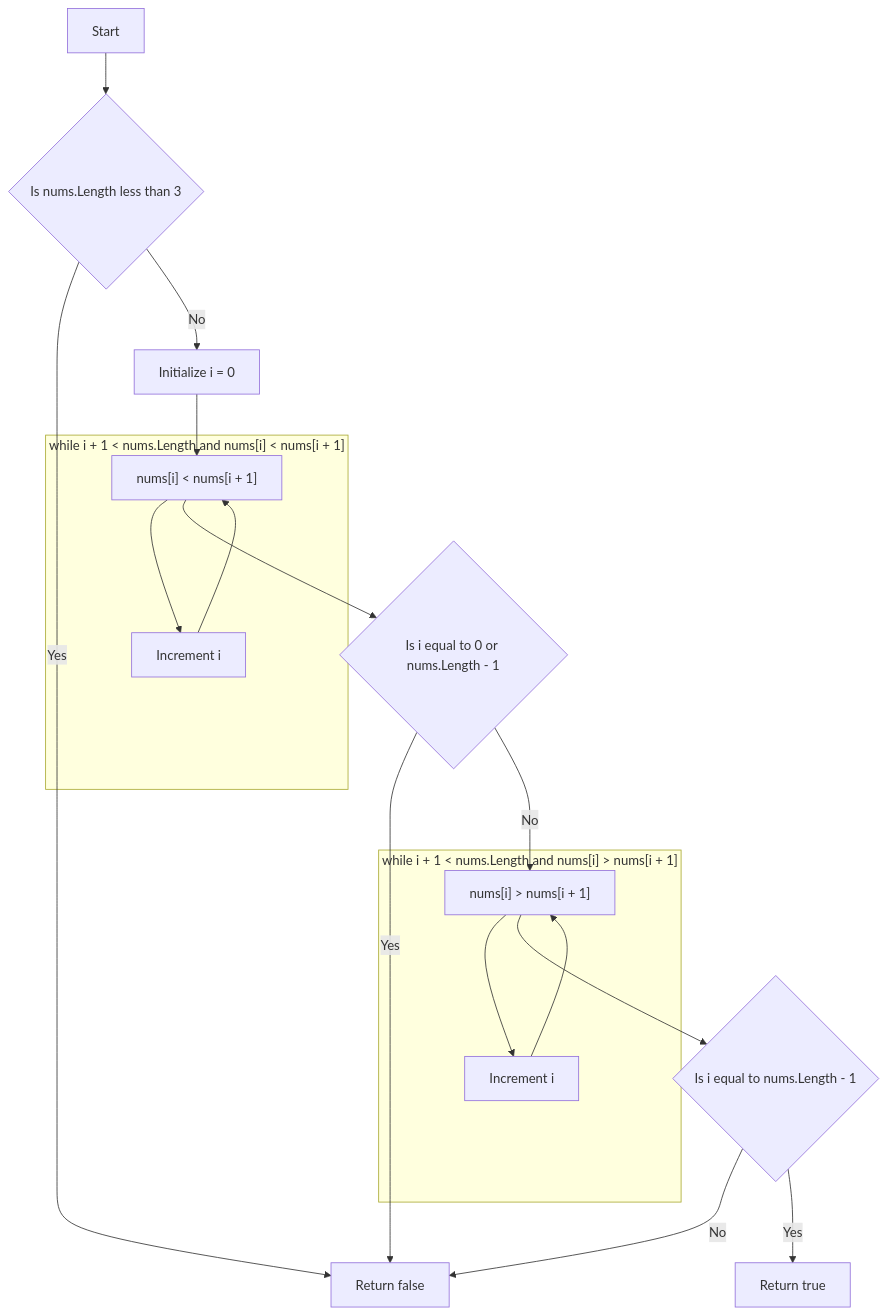
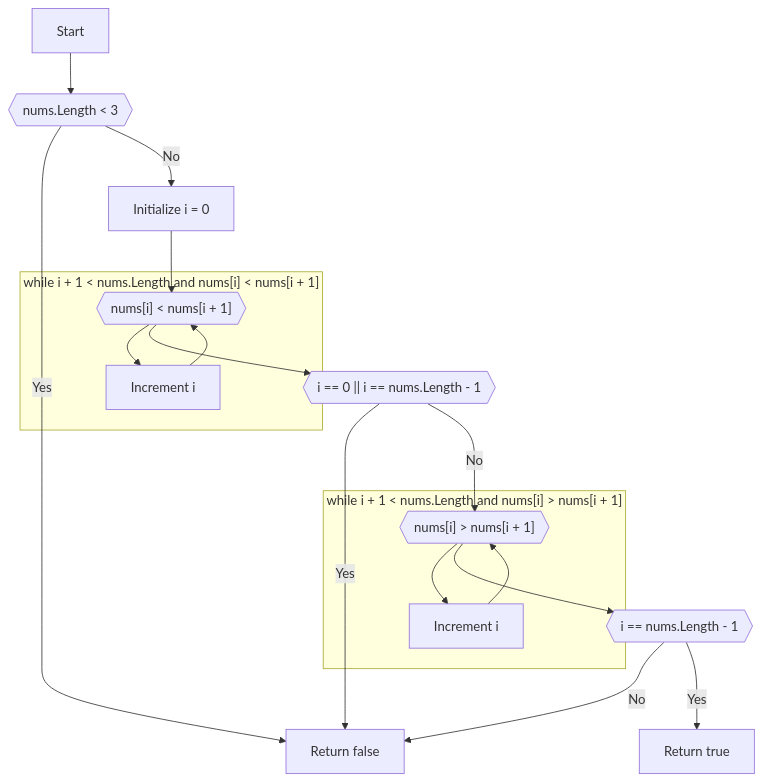
One commit to abhimanyu-builds/Leetcode changed the diagram in Leetcode/Documentation/flowcharts/ValidMountainArray/OnSinglePassClassicSolution.md. Above: the diagram before and after it, drawn with Mermaid. The commit also changed 3 other files, not shown here.

````diff
--- a/Leetcode/Documentation/flowcharts/ValidMountainArray/OnSinglePassClassicSolution.md
+++ b/Leetcode/Documentation/flowcharts/ValidMountainArray/OnSinglePassClassicSolution.md
@@ -1,25 +1,25 @@
 ```mermaid
 flowchart TD
-    A[Start] --> B{"Is nums.Length less than 3"}
+    A[Start] --> B{{"nums.Length < 3"}}
     B -- Yes --> G[Return false]
     B -- No --> C[Initialize i = 0]
     C --> D
 
     subgraph Walk Up ["while i + 1 < nums.Length and nums[i] < nums[i + 1]"]
-        D["nums[i] < nums[i + 1]"] --> E[Increment i]
+        D{{"nums[i] < nums[i + 1]"}} --> E[Increment i]
         E --> D
     end
 
-    D --> F{"Is i equal to 0 or nums.Length - 1"}
+    D --> F{{"i == 0 || i == nums.Length - 1"}}
     F -- Yes --> G
     F -- No --> P
     I -- No --> G
 
     subgraph Walk Down ["while i + 1 < nums.Length and nums[i] > nums[i + 1]"]
-        P["nums[i] > nums[i + 1]"] --> H[Increment i]
+        P{{"nums[i] > nums[i + 1]"}} --> H[Increment i]
         H --> P
     end
 
-    P --> I{"Is i equal to nums.Length - 1"}
+    P --> I{{"i == nums.Length - 1"}}
     I -- Yes --> Y[Return true]
 ```
````
